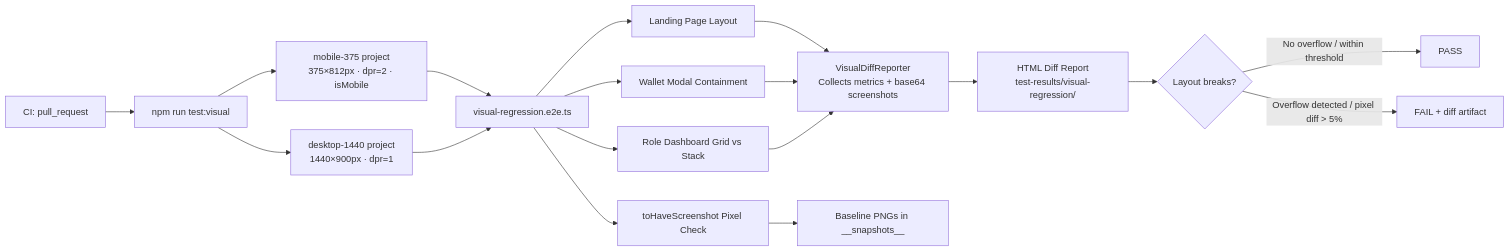
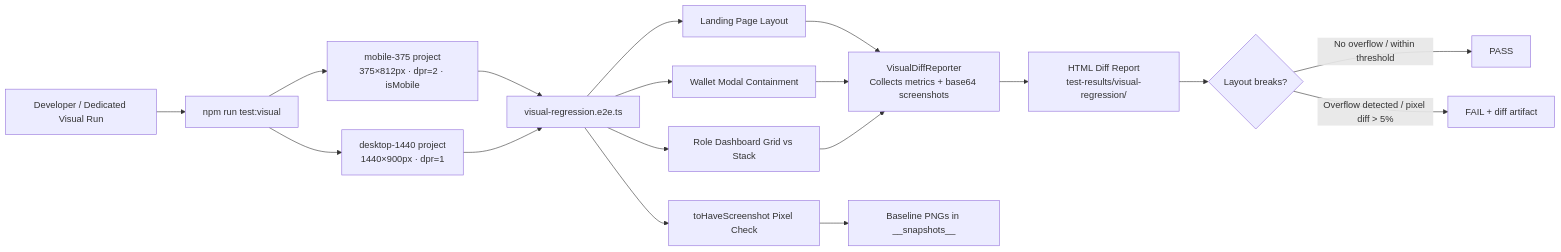
The second of 2 diagrams in tests/e2e/README.md (StormSale/StormSale), drawn with Mermaid before and after one commit. The commit also changed other lines of this file and 3 other files, not shown here.

Commit message:
fix(e2e): exclude visual regression from default test discovery and fix CI check failures (#94)

````diff
--- a/tests/e2e/README.md
+++ b/tests/e2e/README.md
@@ -74,18 +74,18 @@
 ```mermaid
 flowchart LR
-  A["CI: pull_request"] --> B["npm run test:visual"]
+  A["Developer / Dedicated Visual Run"] --> B["npm run test:visual"]
   B --> C["mobile-375 project\n375×812px · dpr=2 · isMobile"]
   B --> D["desktop-1440 project\n1440×900px · dpr=1"]
   C --> E["visual-regression.e2e.ts"]
   D --> E
   E --> F["Landing Page Layout"]
   E --> G["Wallet Modal Containment"]
   E --> H["Role Dashboard Grid vs Stack"]
   E --> I["toHaveScreenshot Pixel Check"]
   F & G & H --> J["VisualDiffReporter\nCollects metrics + base64 screenshots"]
   I --> K["Baseline PNGs in __snapshots__"]
   J --> L["HTML Diff Report\ntest-results/visual-regression/"]
   L --> M{"Layout breaks?"}
   M -- "No overflow / within threshold" --> N["PASS"]
   M -- "Overflow detected / pixel diff > 5%" --> O["FAIL + diff artifact"]
 ```
````
